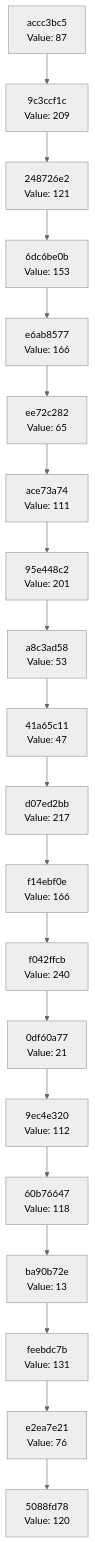
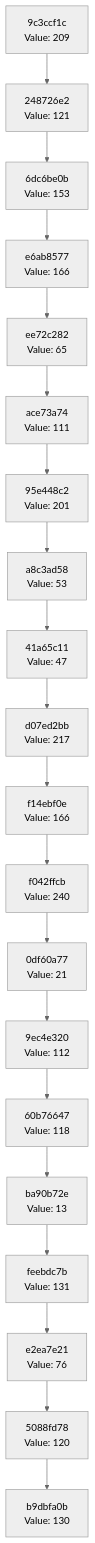
One commit to Abhisheksinha1506/hash-chain-evolver changed the diagram in docs/CHAIN_VISUALIZATION.md. Above: the diagram before and after it, drawn with Mermaid (neutral theme). The commit also changed 2 other files, not shown here.

Commit message:
Evolution step: hash 0x82 → action executed

````diff
--- a/docs/CHAIN_VISUALIZATION.md
+++ b/docs/CHAIN_VISUALIZATION.md
@@ -3,42 +3,42 @@
 ```mermaid
 graph TD
-    C0["5088fd78<br/>Value: 120"]
-    C1["e2ea7e21<br/>Value: 76"]
+    C0["b9dbfa0b<br/>Value: 130"]
+    C1["5088fd78<br/>Value: 120"]
     C1 --> C0
-    C2["feebdc7b<br/>Value: 131"]
+    C2["e2ea7e21<br/>Value: 76"]
     C2 --> C1
-    C3["ba90b72e<br/>Value: 13"]
+    C3["feebdc7b<br/>Value: 131"]
     C3 --> C2
-    C4["60b76647<br/>Value: 118"]
+    C4["ba90b72e<br/>Value: 13"]
     C4 --> C3
-    C5["9ec4e320<br/>Value: 112"]
+    C5["60b76647<br/>Value: 118"]
     C5 --> C4
-    C6["0df60a77<br/>Value: 21"]
+    C6["9ec4e320<br/>Value: 112"]
     C6 --> C5
-    C7["f042ffcb<br/>Value: 240"]
+    C7["0df60a77<br/>Value: 21"]
     C7 --> C6
-    C8["f14ebf0e<br/>Value: 166"]
+    C8["f042ffcb<br/>Value: 240"]
     C8 --> C7
-    C9["d07ed2bb<br/>Value: 217"]
+    C9["f14ebf0e<br/>Value: 166"]
     C9 --> C8
-    C10["41a65c11<br/>Value: 47"]
+    C10["d07ed2bb<br/>Value: 217"]
     C10 --> C9
-    C11["a8c3ad58<br/>Value: 53"]
+    C11["41a65c11<br/>Value: 47"]
     C11 --> C10
-    C12["95e448c2<br/>Value: 201"]
+    C12["a8c3ad58<br/>Value: 53"]
     C12 --> C11
-    C13["ace73a74<br/>Value: 111"]
+    C13["95e448c2<br/>Value: 201"]
     C13 --> C12
-    C14["ee72c282<br/>Value: 65"]
+    C14["ace73a74<br/>Value: 111"]
     C14 --> C13
-    C15["e6ab8577<br/>Value: 166"]
+    C15["ee72c282<br/>Value: 65"]
     C15 --> C14
-    C16["6dc6be0b<br/>Value: 153"]
+    C16["e6ab8577<br/>Value: 166"]
     C16 --> C15
-    C17["248726e2<br/>Value: 121"]
+    C17["6dc6be0b<br/>Value: 153"]
     C17 --> C16
-    C18["9c3ccf1c<br/>Value: 209"]
+    C18["248726e2<br/>Value: 121"]
     C18 --> C17
-    C19["accc3bc5<br/>Value: 87"]
+    C19["9c3ccf1c<br/>Value: 209"]
     C19 --> C18
 ```
````
